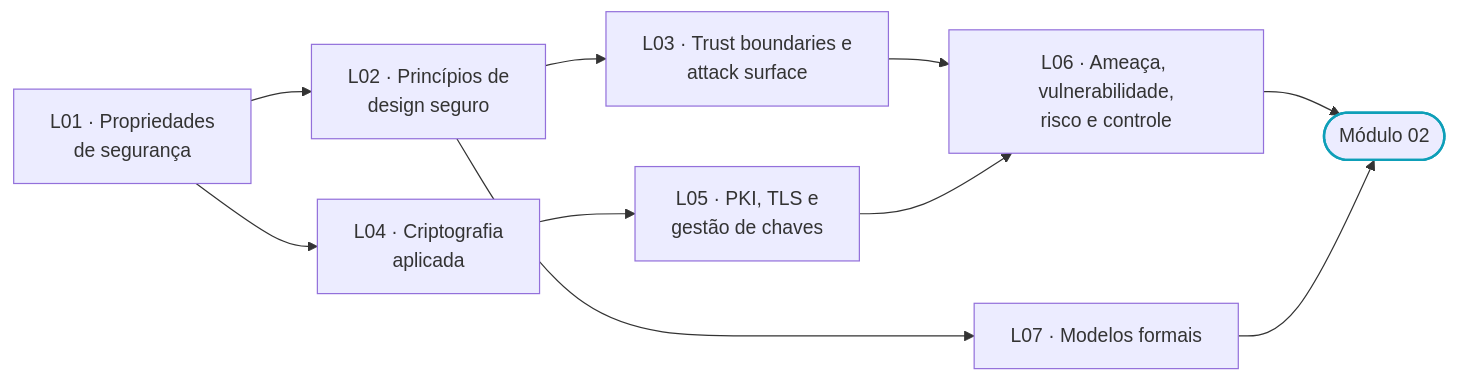
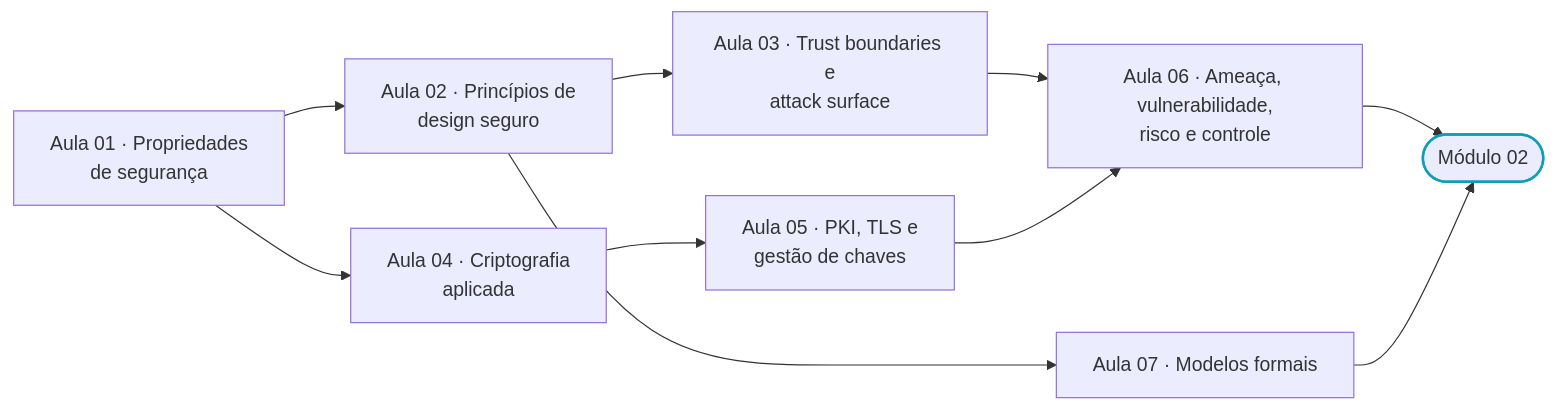
One commit to andrewsferreira/security-architecture-academy changed the diagram in assets/diagrams/m01-module-map.mmd. Above: the diagram before and after it, drawn with Mermaid. The commit also changed 109 other files, not shown here.

```diff
--- a/assets/diagrams/m01-module-map.mmd
+++ b/assets/diagrams/m01-module-map.mmd
@@ -1,16 +1,16 @@
 flowchart LR
   accTitle: Mapa do Módulo 01
   accDescr: O módulo começa pelas propriedades que a segurança protege e pelos princípios de design que orientam as decisões. Em seguida trata de fronteiras de confiança e superfície de ataque, dos mecanismos criptográficos e da infraestrutura de chaves públicas, da linguagem de risco e, por fim, dos modelos formais que fundamentam controle de acesso e integridade.
 
-  L01["L01 · Propriedades<br/>de segurança"] --> L02["L02 · Princípios de<br/>design seguro"]
-  L02 --> L03["L03 · Trust boundaries e<br/>attack surface"]
-  L01 --> L04["L04 · Criptografia<br/>aplicada"]
-  L04 --> L05["L05 · PKI, TLS e<br/>gestão de chaves"]
-  L03 --> L06["L06 · Ameaça, vulnerabilidade,<br/>risco e controle"]
+  L01["Aula 01 · Propriedades<br/>de segurança"] --> L02["Aula 02 · Princípios de<br/>design seguro"]
+  L02 --> L03["Aula 03 · Trust boundaries e<br/>attack surface"]
+  L01 --> L04["Aula 04 · Criptografia<br/>aplicada"]
+  L04 --> L05["Aula 05 · PKI, TLS e<br/>gestão de chaves"]
+  L03 --> L06["Aula 06 · Ameaça, vulnerabilidade,<br/>risco e controle"]
   L05 --> L06
-  L02 --> L07["L07 · Modelos formais"]
+  L02 --> L07["Aula 07 · Modelos formais"]
   L06 --> M02(["Módulo 02"])
   L07 --> M02
 
   classDef control stroke:#0e9fb8,stroke-width:2px
   class M02 control
```
